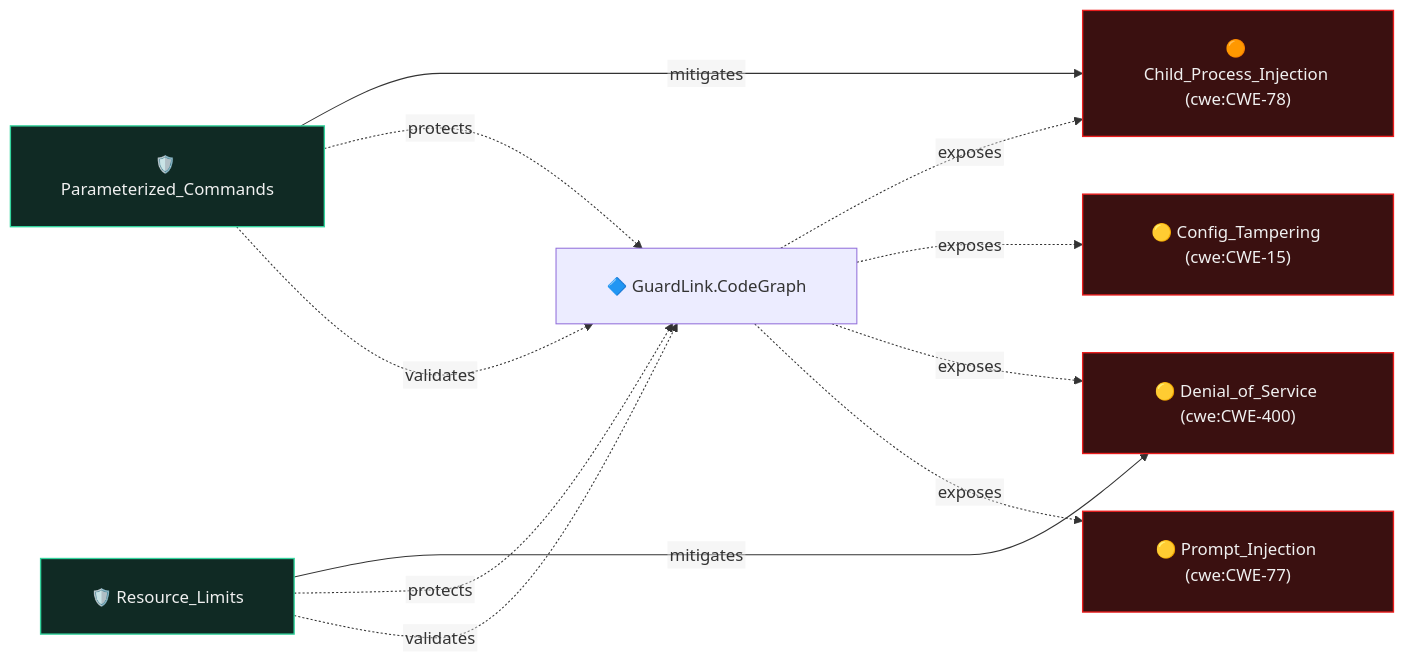
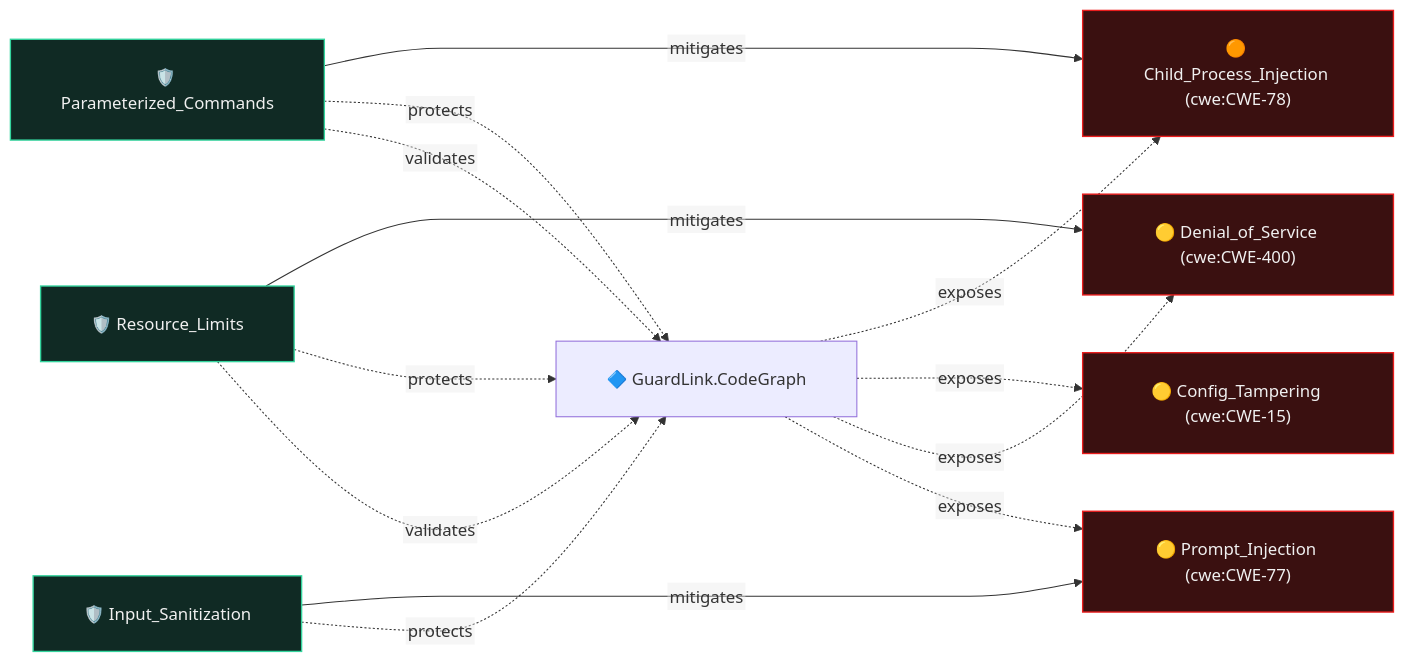
Before and after one commit to Bugb-Technologies/guardlink: the diagram in .guardlink/graph/by-asset/codegraph.threats.mmd, drawn with Mermaid. The commit also changed 85 other files, not shown here.

First line of the commit message:
feat(codegraph): measure declared agent reach against a code graph

```diff
--- a/.guardlink/graph/by-asset/codegraph.threats.mmd
+++ b/.guardlink/graph/by-asset/codegraph.threats.mmd
@@ -1,32 +1,35 @@
 %% GENERATED FILE — do not edit. Regenerate with: guardlink artifacts .
 %% artifact:        by-asset/codegraph.threats.mmd
 %% scope:           PARTIAL — #codegraph only — its own threats and controls
-%% annotation_hash: sha256-v3:a1cf0a80e85428155e1ab13b0f7ce83862a4e21e7d7a8488464e9038461f5059
+%% annotation_hash: sha256-v3:c469bfa1007f984711fa1bfca471817fe44e11b8c16014f8d8c5268ff6c08c0c
 %% generator:       guardlink@2.3.0
 %% ---
 %% This diagram is derived from the annotations in this repository. If
 %% annotation_hash above differs from what `guardlink status .` reports, the
 %% diagram is STALE — regenerate rather than trusting it.
 %% When it was generated and at which commit: ask git. Those move for reasons
 %% unrelated to the diagram, so they are reported at emission time, not stored.
 %%{init: {"flowchart": {"nodeSpacing": 55, "rankSpacing": 150, "curve": "monotoneX", "htmlLabels": false, "padding": 24}}}%%
 graph LR
   codegraph["🔷 GuardLink.CodeGraph"]
   child_proc_injection["🟠 Child_Process_Injection (cwe:CWE-78)"]:::threat
   config_tamper["🟡 Config_Tampering (cwe:CWE-15)"]:::threat
   dos["🟡 Denial_of_Service (cwe:CWE-400)"]:::threat
   prompt_injection["🟡 Prompt_Injection (cwe:CWE-77)"]:::threat
   param_commands["🛡️ Parameterized_Commands"]:::control
   resource_limits["🛡️ Resource_Limits"]:::control
+  input_sanitize["🛡️ Input_Sanitization"]:::control
   codegraph -. exposes .-> child_proc_injection
   codegraph -. exposes .-> config_tamper
   codegraph -. exposes .-> dos
   codegraph -. exposes .-> prompt_injection
   param_commands -- mitigates --> child_proc_injection
   param_commands -. protects .-> codegraph
   resource_limits -- mitigates --> dos
   resource_limits -. protects .-> codegraph
+  input_sanitize -- mitigates --> prompt_injection
+  input_sanitize -. protects .-> codegraph
   resource_limits -. validates .-> codegraph
   param_commands -. validates .-> codegraph
   classDef threat fill:#3a1010,stroke:#ea1d1d,color:#f0f0f0,stroke-width:1.3px
   classDef control fill:#102a24,stroke:#33d49d,color:#f0f0f0,stroke-width:1.3px
```
